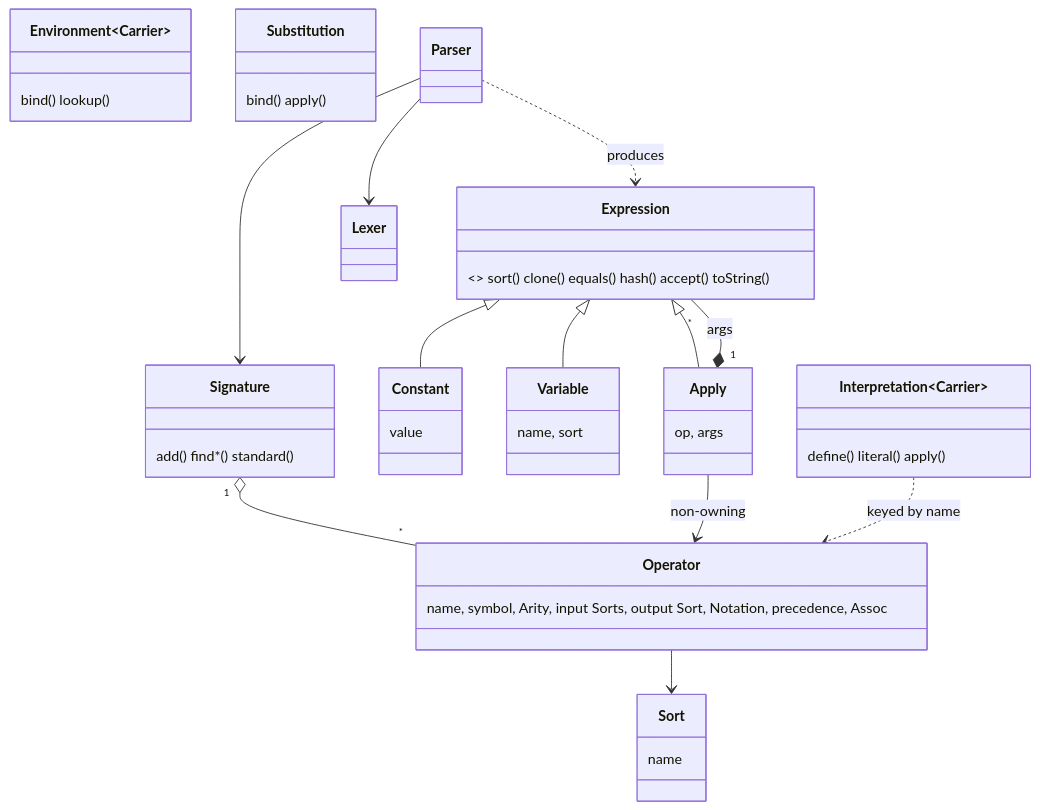
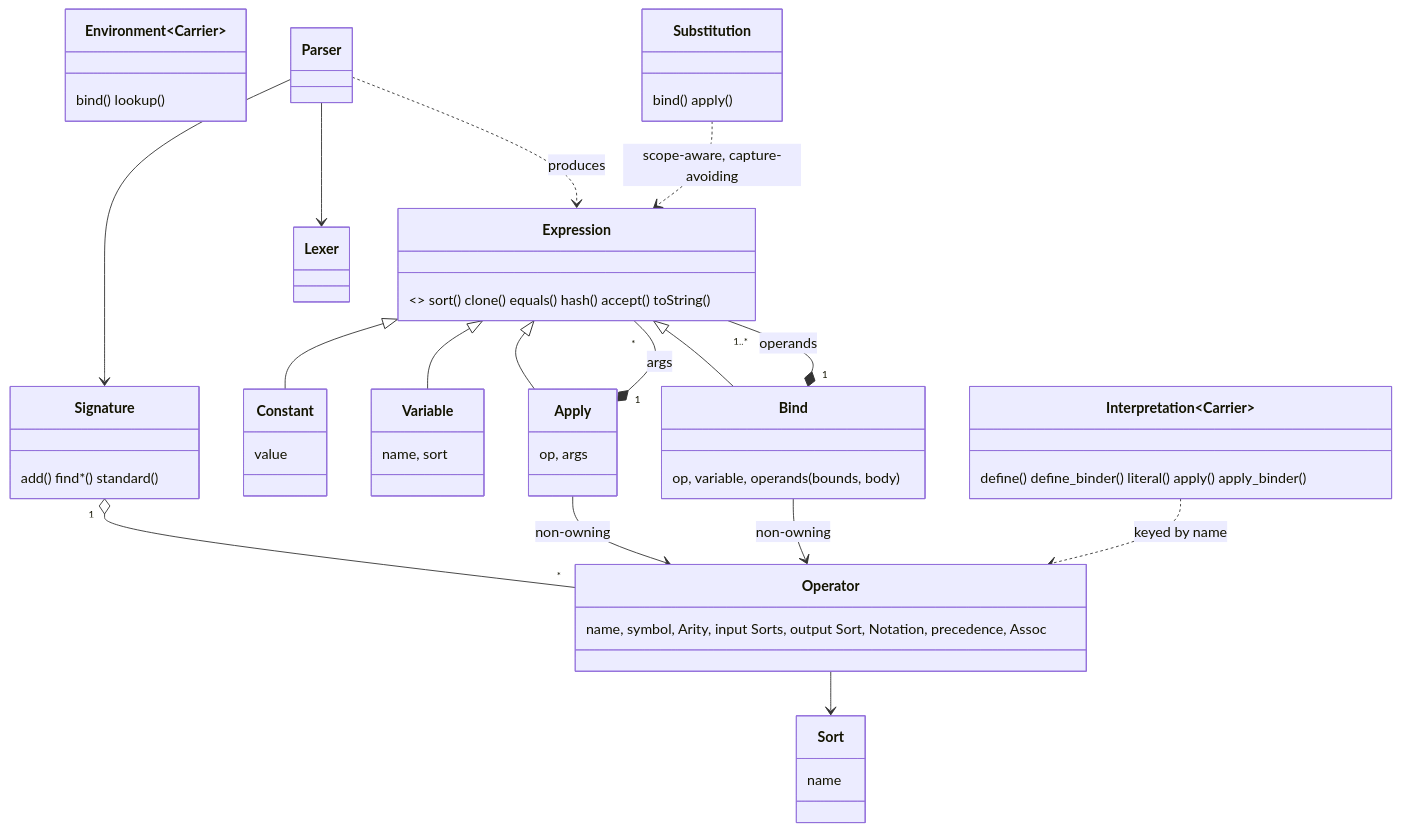
One commit to rayyanaamir22/cppmath changed the diagram in docs/architecture/core.md. Above: the diagram before and after it, drawn with Mermaid. The commit also changed other lines of this file and 37 other files, not shown here.

````diff
--- a/docs/architecture/core.md
+++ b/docs/architecture/core.md
@@ -9,27 +9,32 @@
 ```mermaid
 classDiagram
     class Sort { name }
     class Operator { name, symbol, Arity, input Sorts, output Sort, Notation, precedence, Assoc }
     class Signature { add() find*() standard() }
     class Expression { <<abstract>> sort() clone() equals() hash() accept() toString() }
     class Constant { value }
     class Variable { name, sort }
     class Apply { op, args }
-    class Interpretation~Carrier~ { define() literal() apply() }
+    class Bind { op, variable, operands (bounds, body) }
+    class Interpretation~Carrier~ { define() define_binder() literal() apply() apply_binder() }
     class Environment~Carrier~ { bind() lookup() }
     class Substitution { bind() apply() }
     class Lexer
     class Parser
 
     Signature "1" o-- "*" Operator
     Operator --> Sort
     Expression <|-- Constant
     Expression <|-- Variable
     Expression <|-- Apply
+    Expression <|-- Bind
     Apply --> Operator : non-owning
+    Bind --> Operator : non-owning
+    Bind "1" *-- "1..*" Expression : operands
     Apply "1" *-- "*" Expression : args
     Parser --> Lexer
     Parser --> Signature
     Parser ..> Expression : produces
     Interpretation ..> Operator : keyed by name
+    Substitution ..> Expression : scope-aware, capture-avoiding
 ```
````
